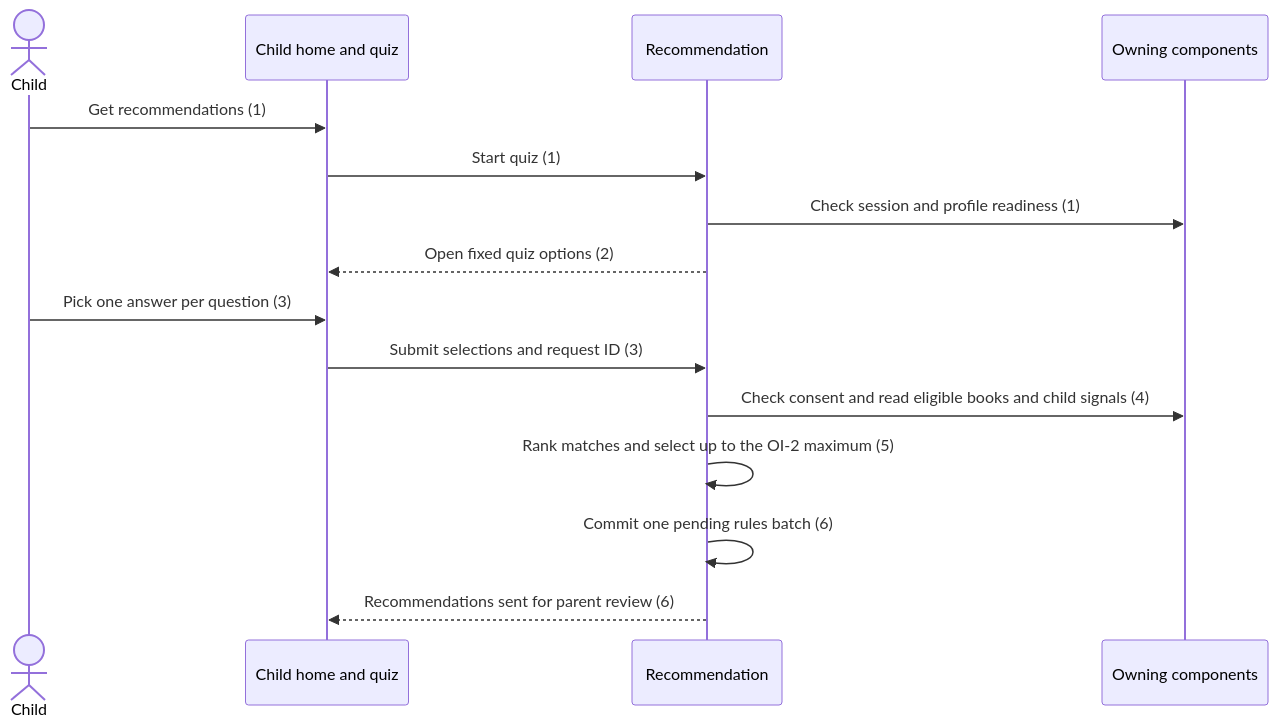
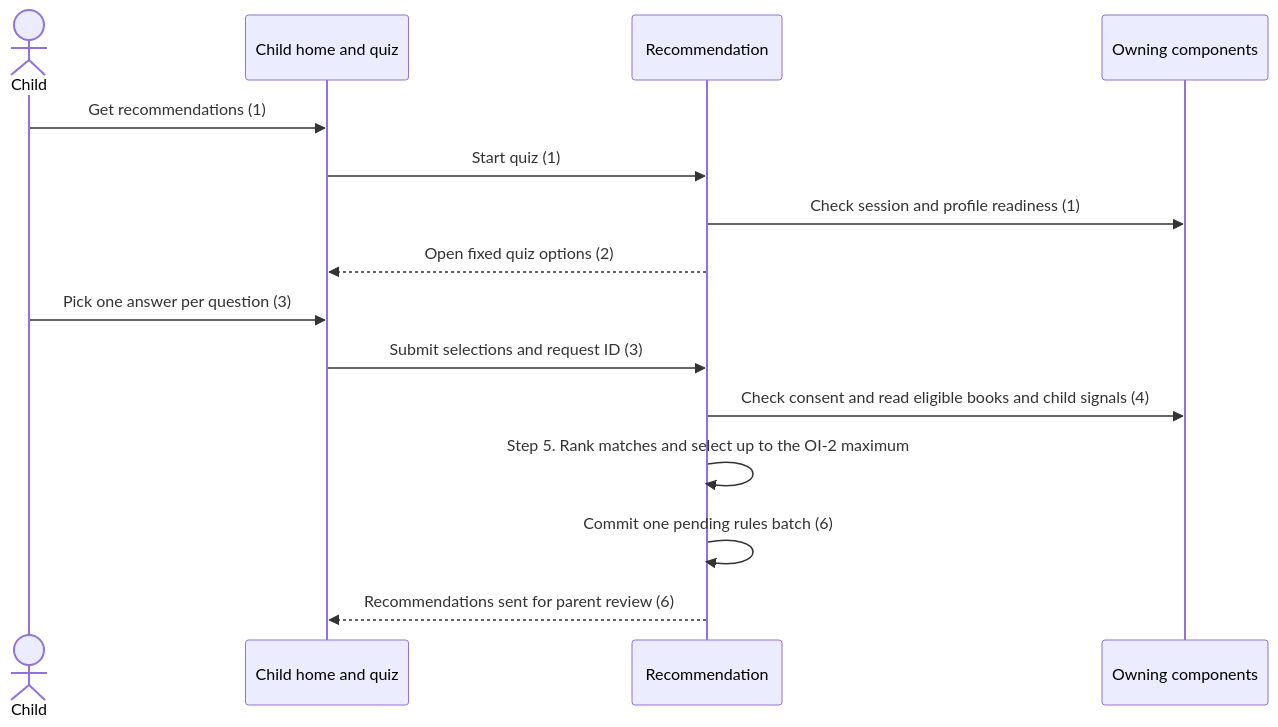
One commit to videogames21/book_buddies changed the third of 9 diagrams in design/rec.md. Above: the diagram before and after it, drawn with Mermaid. The commit also changed 2 other files, not shown here.

Commit message:
Cover the quiz ranking review cases

````diff
--- a/design/rec.md
+++ b/design/rec.md
@@ -290,17 +290,17 @@
 ```mermaid
 sequenceDiagram
     actor Child
     participant UI as Child home and quiz
     participant REC as Recommendation
     participant Data as Owning components
     Child->>UI: Get recommendations (1)
     UI->>REC: Start quiz (1)
     REC->>Data: Check session and profile readiness (1)
     REC-->>UI: Open fixed quiz options (2)
     Child->>UI: Pick one answer per question (3)
     UI->>REC: Submit selections and request ID (3)
     REC->>Data: Check consent and read eligible books and child signals (4)
-    REC->>REC: Rank matches and select up to the OI-2 maximum (5)
+    REC->>REC: Step 5. Rank matches and select up to the OI-2 maximum
     REC->>REC: Commit one pending rules batch (6)
     REC-->>UI: Recommendations sent for parent review (6)
 ```
````
